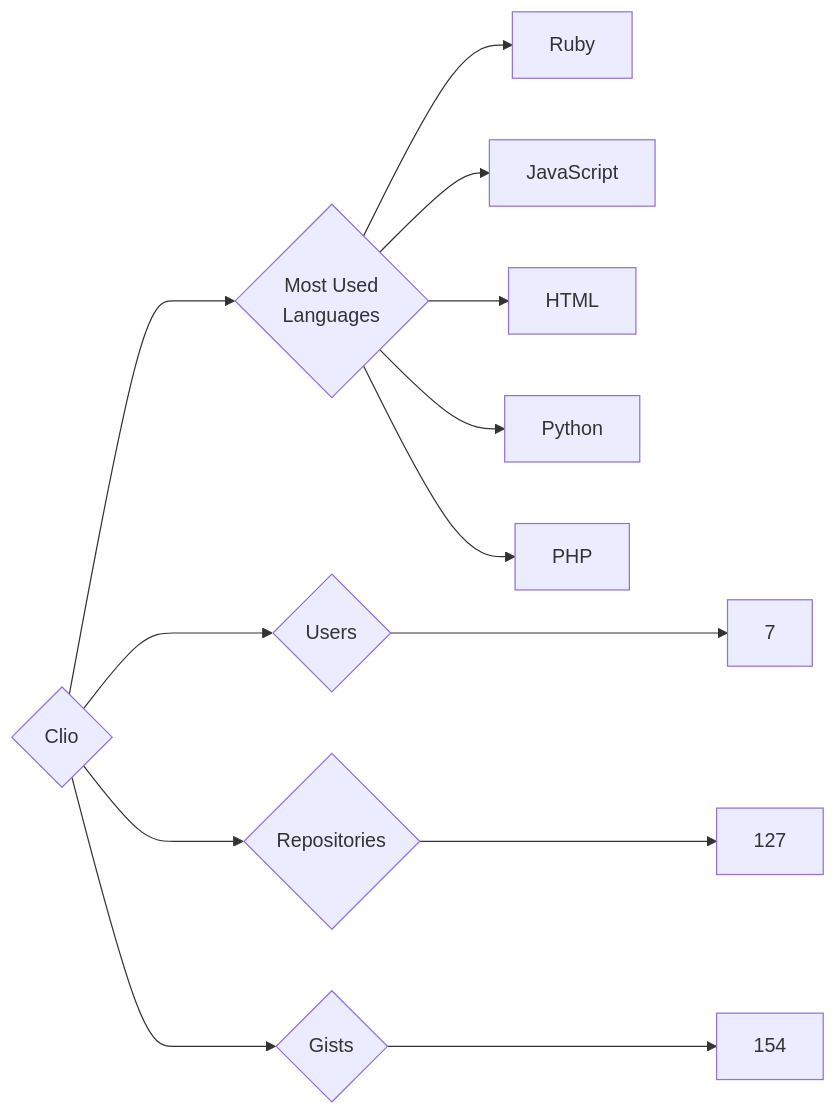
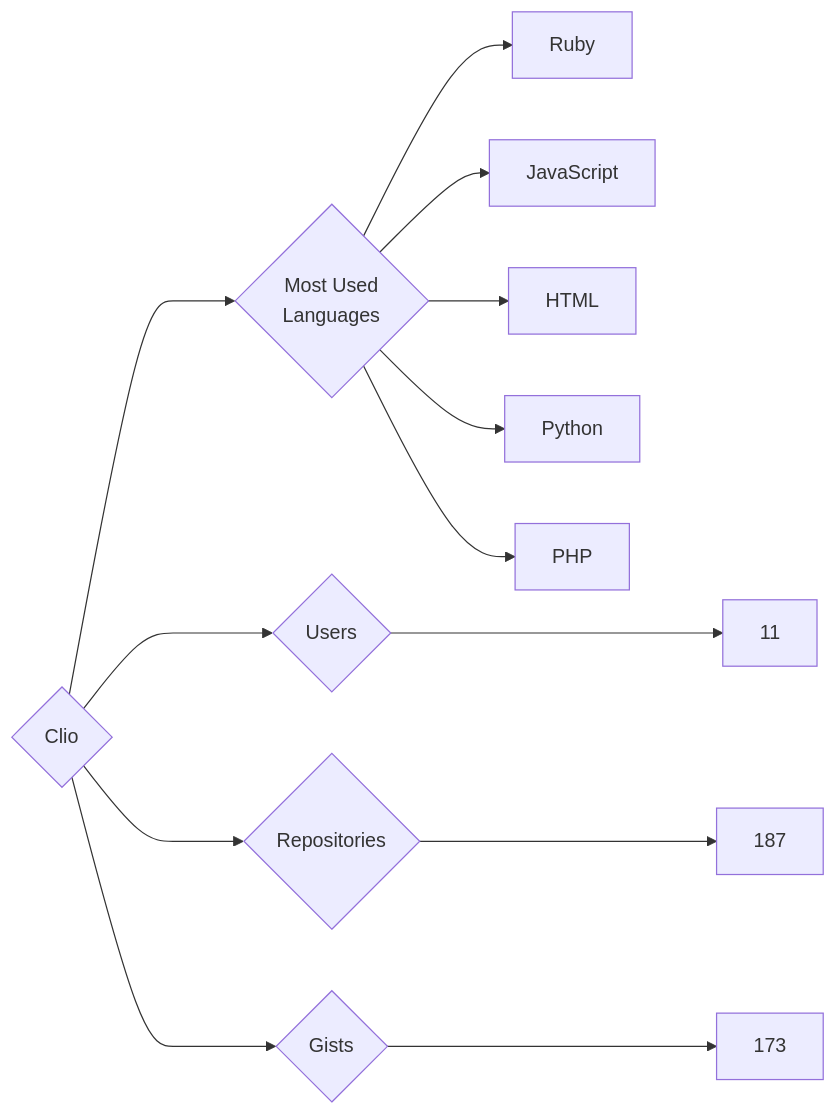
The diagram in targets/Clio/README.md (trickest/insiders), drawn with Mermaid before and after one commit. The commit also changed 984 other files, not shown here.

````diff
--- a/targets/Clio/README.md
+++ b/targets/Clio/README.md
@@ -3,13 +3,13 @@
 ```mermaid
 graph LR
 COMPANY_NAME{Clio}
-COMPANY_NAME ---> U{Users} ---> UN[7]
-COMPANY_NAME ---> R{Repositories} ---> RN[127]
-COMPANY_NAME ---> G{Gists} ---> GN[154]
+COMPANY_NAME ---> U{Users} ---> UN[11]
+COMPANY_NAME ---> R{Repositories} ---> RN[187]
+COMPANY_NAME ---> G{Gists} ---> GN[173]
 COMPANY_NAME ---> ML{Most Used<br>Languages}
 ML --> Ruby[Ruby]
 ML --> JavaScript[JavaScript]
 ML --> HTML[HTML]
 ML --> Python[Python]
 ML --> PHP[PHP]
 ```
````
